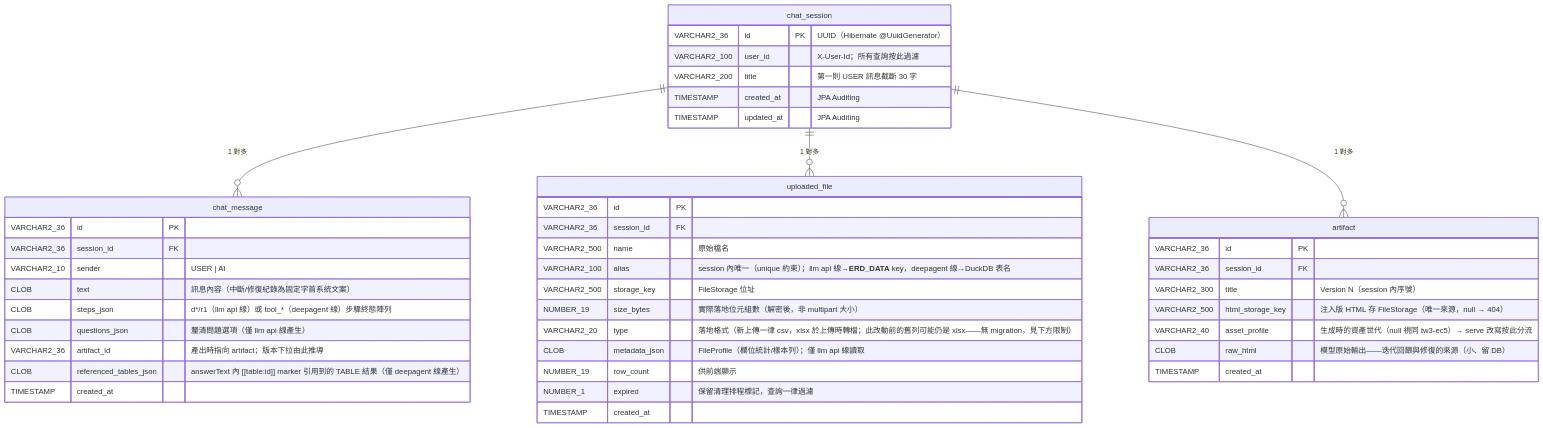
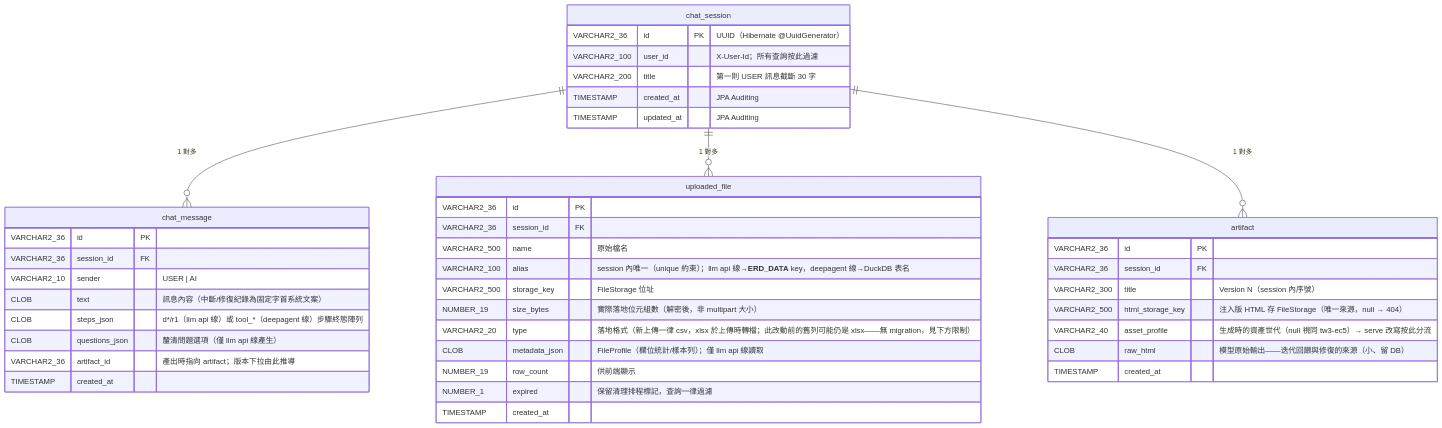
One commit to Michelle12369/cowork changed the fourth of 4 diagrams in docs/architecture.md. Above: the diagram before and after it, drawn with Mermaid. The commit also changed other lines of this file and 20 other files, not shown here.

First line of the commit message:
refactor: 移除 referenced_tables_json 死欄位（deepagent 線無 marker 指示，欄位從未填充）

````diff
--- a/docs/architecture.md
+++ b/docs/architecture.md
@@ -448,47 +448,46 @@
 ```mermaid
 erDiagram
     chat_session ||--o{ chat_message : "1 對多"
     chat_session ||--o{ uploaded_file : "1 對多"
     chat_session ||--o{ artifact : "1 對多"
 
     chat_session {
         VARCHAR2_36 id PK "UUID（Hibernate @UuidGenerator）"
         VARCHAR2_100 user_id "X-User-Id；所有查詢按此過濾"
         VARCHAR2_200 title "第一則 USER 訊息截斷 30 字"
         TIMESTAMP created_at "JPA Auditing"
         TIMESTAMP updated_at "JPA Auditing"
     }
     chat_message {
         VARCHAR2_36 id PK
         VARCHAR2_36 session_id FK
         VARCHAR2_10 sender "USER | AI"
         CLOB text "訊息內容（中斷/修復紀錄為固定字首系統文案）"
         CLOB steps_json "d*/r1（llm api 線）或 tool_*（deepagent 線）步驟終態陣列"
         CLOB questions_json "釐清問題選項（僅 llm api 線產生）"
         VARCHAR2_36 artifact_id "產出時指向 artifact；版本下拉由此推導"
-        CLOB referenced_tables_json "answerText 內 [[table:id]] marker 引用到的 TABLE 結果（僅 deepagent 線產生）"
         TIMESTAMP created_at
     }
     uploaded_file {
         VARCHAR2_36 id PK
         VARCHAR2_36 session_id FK
         VARCHAR2_500 name "原始檔名"
         VARCHAR2_100 alias "session 內唯一（unique 約束）；llm api 線→__ERD_DATA__ key，deepagent 線→DuckDB 表名"
         VARCHAR2_500 storage_key "FileStorage 位址"
         NUMBER_19 size_bytes "實際落地位元組數（解密後，非 multipart 大小）"
         VARCHAR2_20 type "落地格式（新上傳一律 csv，xlsx 於上傳時轉檔；此改動前的舊列可能仍是 xlsx——無 migration，見下方限制）"
         CLOB metadata_json "FileProfile（欄位統計/樣本列）；僅 llm api 線讀取"
         NUMBER_19 row_count "供前端顯示"
         NUMBER_1 expired "保留清理排程標記，查詢一律過濾"
         TIMESTAMP created_at
     }
     artifact {
         VARCHAR2_36 id PK
         VARCHAR2_36 session_id FK
         VARCHAR2_300 title "Version N（session 內序號）"
         VARCHAR2_500 html_storage_key "注入版 HTML 存 FileStorage（唯一來源，null → 404）"
         VARCHAR2_40 asset_profile "生成時的資產世代（null 視同 tw3-ec5）→ serve 改寫按此分流"
         CLOB raw_html "模型原始輸出——迭代回餵與修復的來源（小、留 DB）"
         TIMESTAMP created_at
     }
 ```
````
